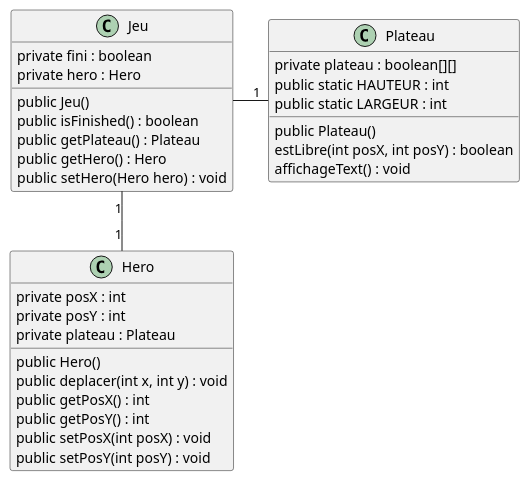
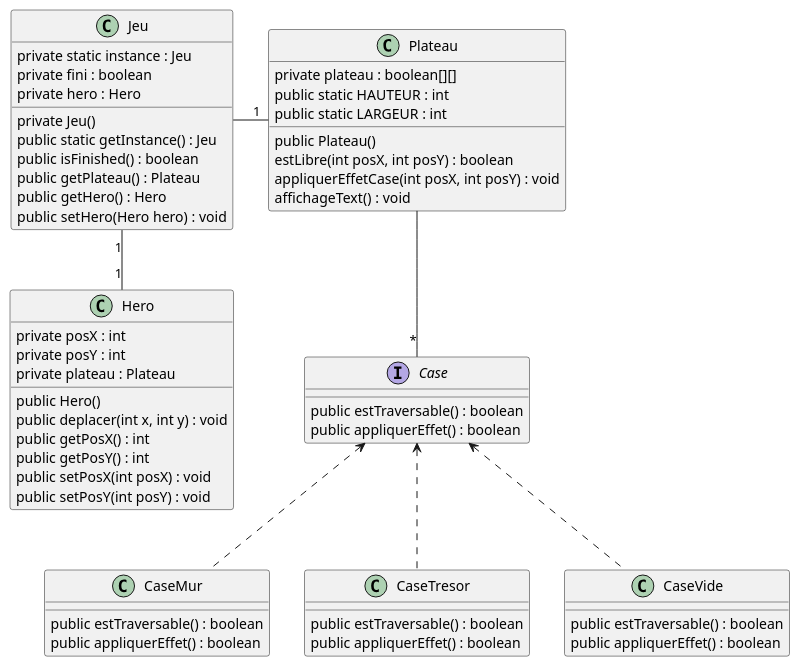
One commit to fujine/ACL2017_AbJoGuiQuen- changed the diagram in Conception/V1.0/Diagramme de classe.puml. Above: the diagram before and after it, drawn with PlantUML. The commit also changed 1 other file, not shown here.

Commit message:
Singleton jeu

```diff
--- a/Conception/V1.0/Diagramme de classe.puml
+++ b/Conception/V1.0/Diagramme de classe.puml
@@ -1,38 +1,64 @@
 @startuml
 	Class Hero {
 		private posX : int
 		private posY : int
 		private plateau : Plateau
 
 		public Hero()
 		public deplacer(int x, int y) : void
 		public getPosX() : int
 		public getPosY() : int
         public setPosX(int posX) : void
         public setPosY(int posY) : void
 	}
 	Class Plateau {
         private plateau : boolean[][]
         public static HAUTEUR : int
         public static LARGEUR : int
 
         public Plateau()
         estLibre(int posX, int posY) : boolean
+        appliquerEffetCase(int posX, int posY) : void
         affichageText() : void
 
 	}
 	Class Jeu {
+	    private static instance : Jeu
         private fini : boolean
         private hero : Hero
 
-        public Jeu()
+        private Jeu()
+        public static getInstance() : Jeu
         public isFinished() : boolean
         public getPlateau() : Plateau
         public getHero() : Hero
         public setHero(Hero hero) : void
 	}
-	
 
+	Interface Case {
+	    public estTraversable() : boolean
+	    public appliquerEffet() : boolean
+	}
+
+	Class CaseMur {
+	    public estTraversable() : boolean
+	    public appliquerEffet() : boolean
+	}
+
+	Class CaseTresor {
+	    public estTraversable() : boolean
+	    public appliquerEffet() : boolean
+	}
+
+	Class CaseVide {
+	    public estTraversable() : boolean
+	    public appliquerEffet() : boolean
+	}
+
+    Case <.. CaseVide
+    Case <.. CaseMur
+    Case <.. CaseTresor
+    Plateau -- "*" Case
 	Jeu "1" -down- "1" Hero
 	Jeu -right- "1" Plateau
 @enduml
```
